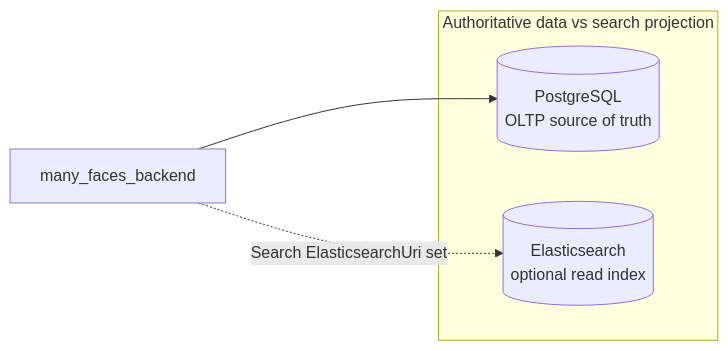
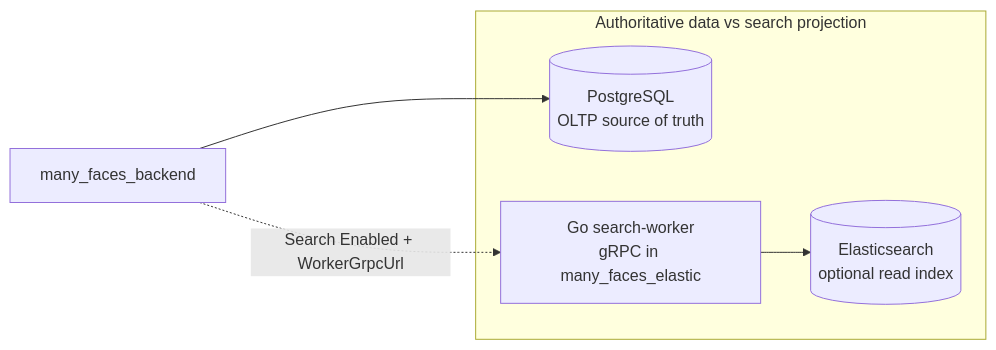
One commit to 01laky/mfai_demo changed the second of 11 diagrams in README.md. Above: the diagram before and after it, drawn with Mermaid. The commit also changed other lines of this file and 13 other files, not shown here.

````diff
--- a/README.md
+++ b/README.md
@@ -68,10 +76,12 @@
 ```mermaid
 flowchart LR
     subgraph roles["Authoritative data vs search projection"]
         pg[(PostgreSQL<br/>OLTP source of truth)]
         es[(Elasticsearch<br/>optional read index)]
+        sw[Go search-worker<br/>gRPC in many_faces_elastic]
     end
 
     be["many_faces_backend"] --> pg
-    be -.->|"Search ElasticsearchUri set"| es
+    be -.->|"Search Enabled + WorkerGrpcUrl"| sw
+    sw --> es
 ```
````
